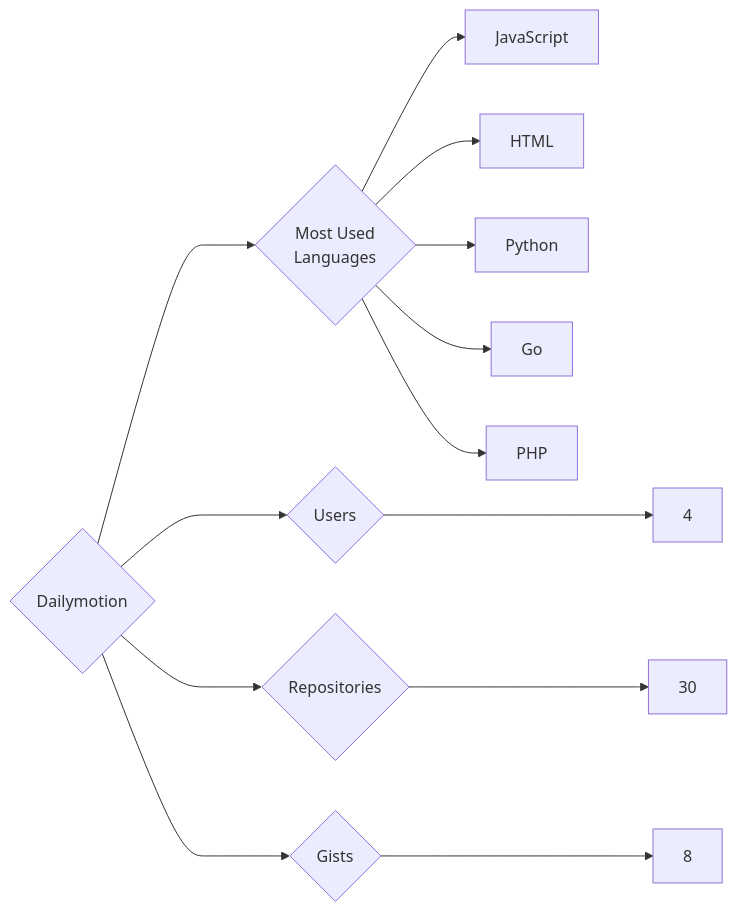
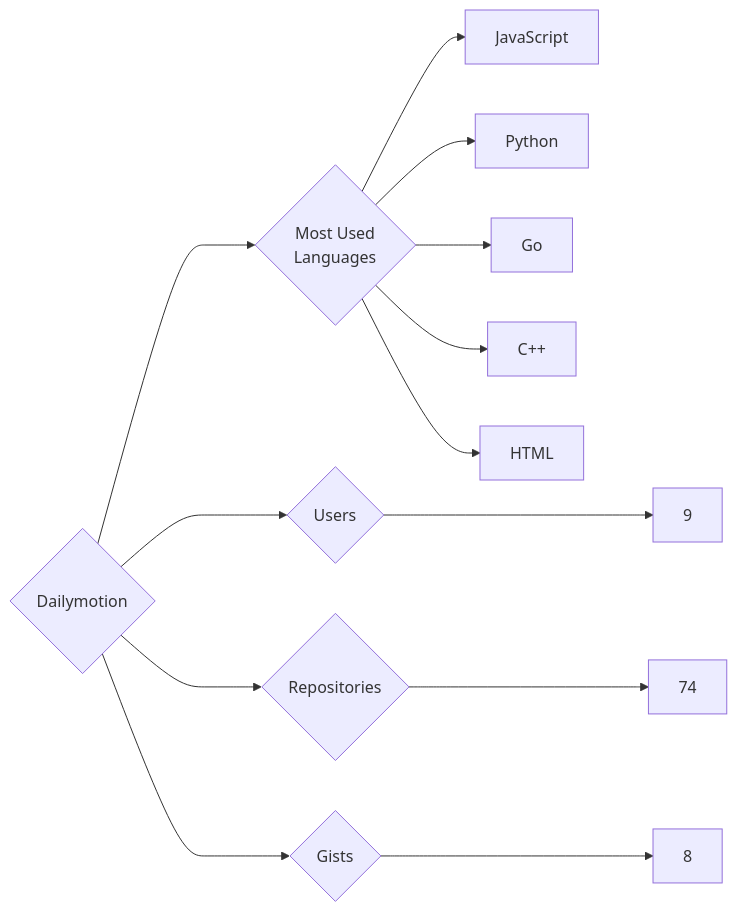
One commit to trickest/insiders changed the diagram in targets/Dailymotion/README.md. Above: the diagram before and after it, drawn with Mermaid. The commit also changed 888 other files, not shown here.

````diff
--- a/targets/Dailymotion/README.md
+++ b/targets/Dailymotion/README.md
@@ -3,13 +3,13 @@
 ```mermaid
 graph LR
 COMPANY_NAME{Dailymotion}
-COMPANY_NAME ---> U{Users} ---> UN[4]
-COMPANY_NAME ---> R{Repositories} ---> RN[30]
+COMPANY_NAME ---> U{Users} ---> UN[9]
+COMPANY_NAME ---> R{Repositories} ---> RN[74]
 COMPANY_NAME ---> G{Gists} ---> GN[8]
 COMPANY_NAME ---> ML{Most Used<br>Languages}
 ML --> JavaScript[JavaScript]
-ML --> HTML[HTML]
 ML --> Python[Python]
 ML --> Go[Go]
-ML --> PHP[PHP]
+ML --> C++[C++]
+ML --> HTML[HTML]
 ```
````
